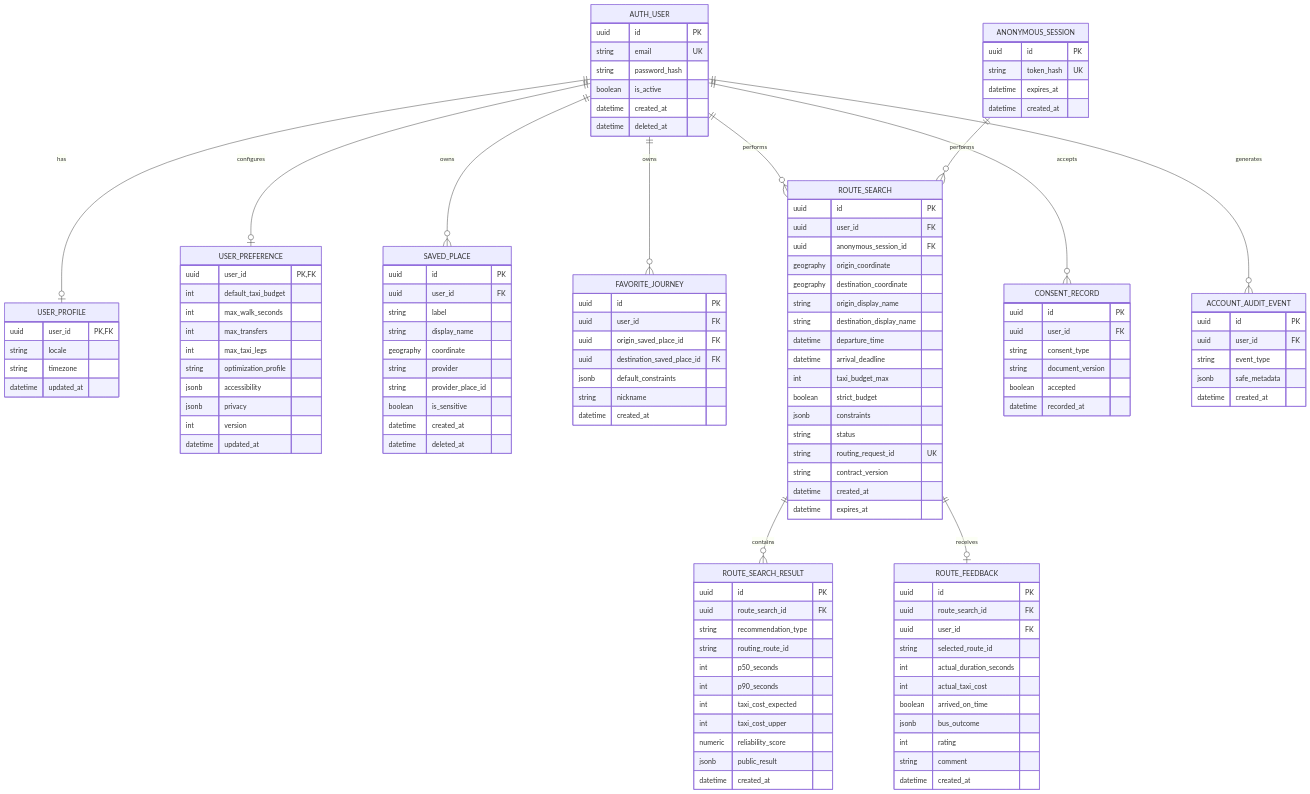
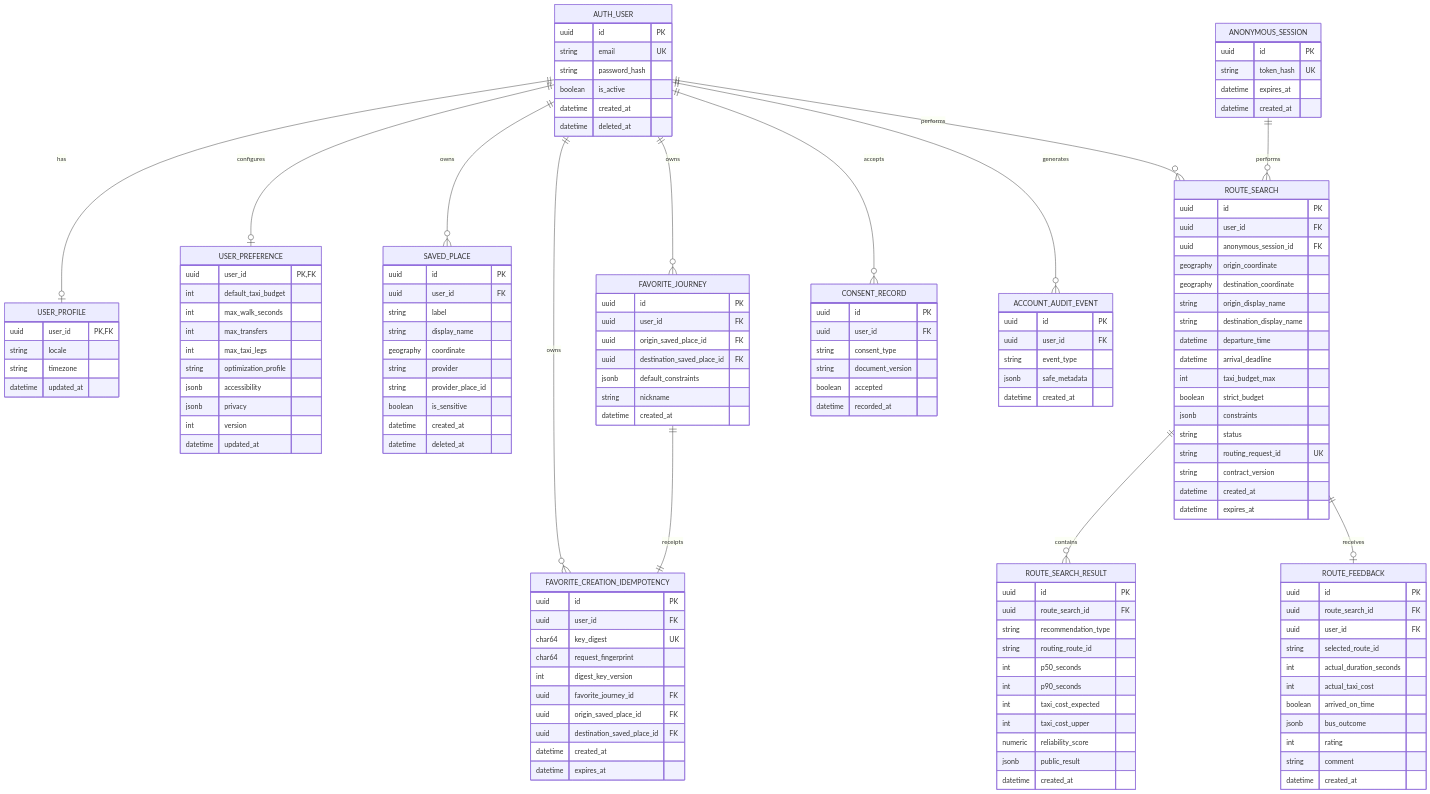
Before and after one commit to yunttai/82TA: the first of 2 diagrams in src/docs/shared/ERD.md, drawn with Mermaid. The commit also changed other lines of this file and 65 other files, not shown here.

```diff
--- a/src/docs/shared/ERD.md
+++ b/src/docs/shared/ERD.md
@@ -15,6 +15,8 @@
     AUTH_USER ||--o| USER_PREFERENCE : configures
     AUTH_USER ||--o{ SAVED_PLACE : owns
     AUTH_USER ||--o{ FAVORITE_JOURNEY : owns
+    AUTH_USER ||--o{ FAVORITE_CREATION_IDEMPOTENCY : owns
+    FAVORITE_JOURNEY ||--|| FAVORITE_CREATION_IDEMPOTENCY : receipts
     AUTH_USER ||--o{ ROUTE_SEARCH : performs
     ANONYMOUS_SESSION ||--o{ ROUTE_SEARCH : performs
     ROUTE_SEARCH ||--o{ ROUTE_SEARCH_RESULT : contains
@@ -68,6 +70,18 @@
         jsonb default_constraints
         string nickname
         datetime created_at
+    }
+    FAVORITE_CREATION_IDEMPOTENCY {
+        uuid id PK
+        uuid user_id FK
+        char64 key_digest UK
+        char64 request_fingerprint
+        int digest_key_version
+        uuid favorite_journey_id FK
+        uuid origin_saved_place_id FK
+        uuid destination_saved_place_id FK
+        datetime created_at
+        datetime expires_at
     }
     ANONYMOUS_SESSION {
         uuid id PK
```
